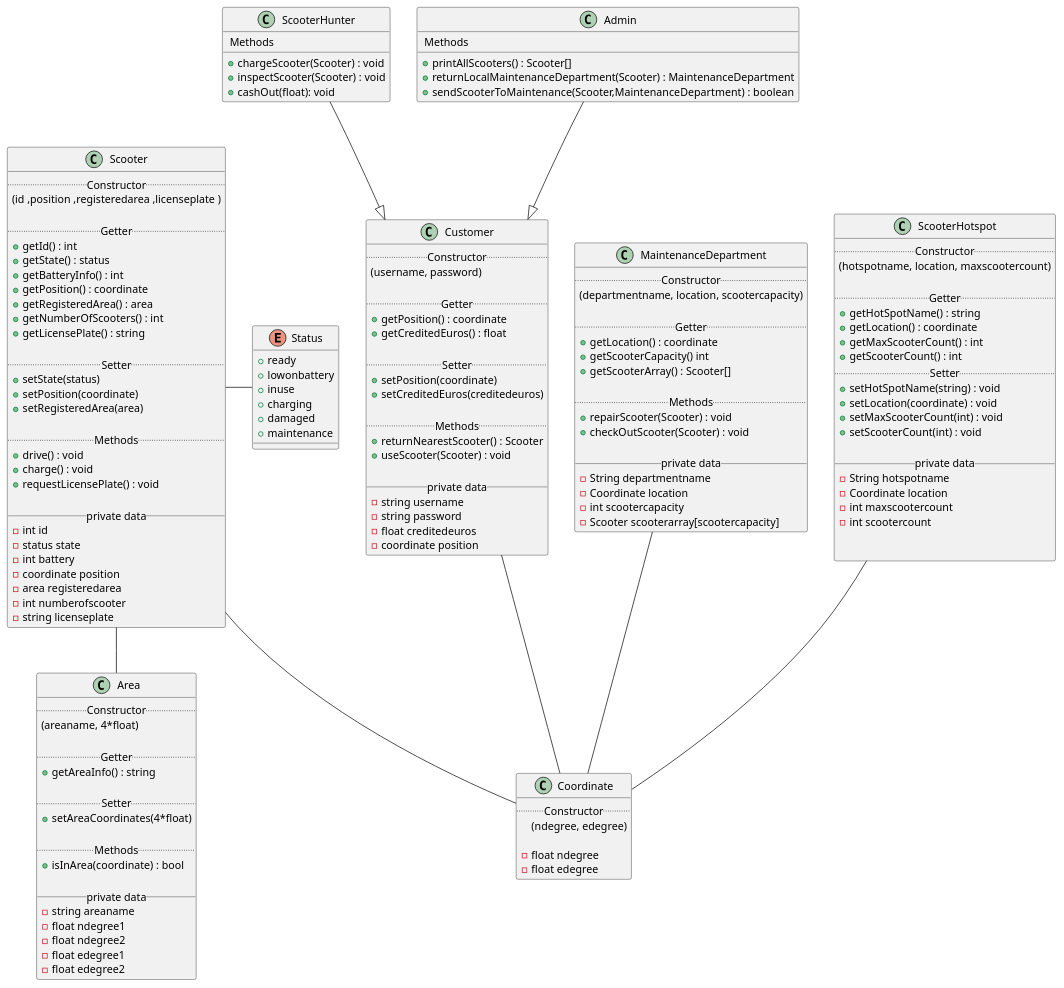
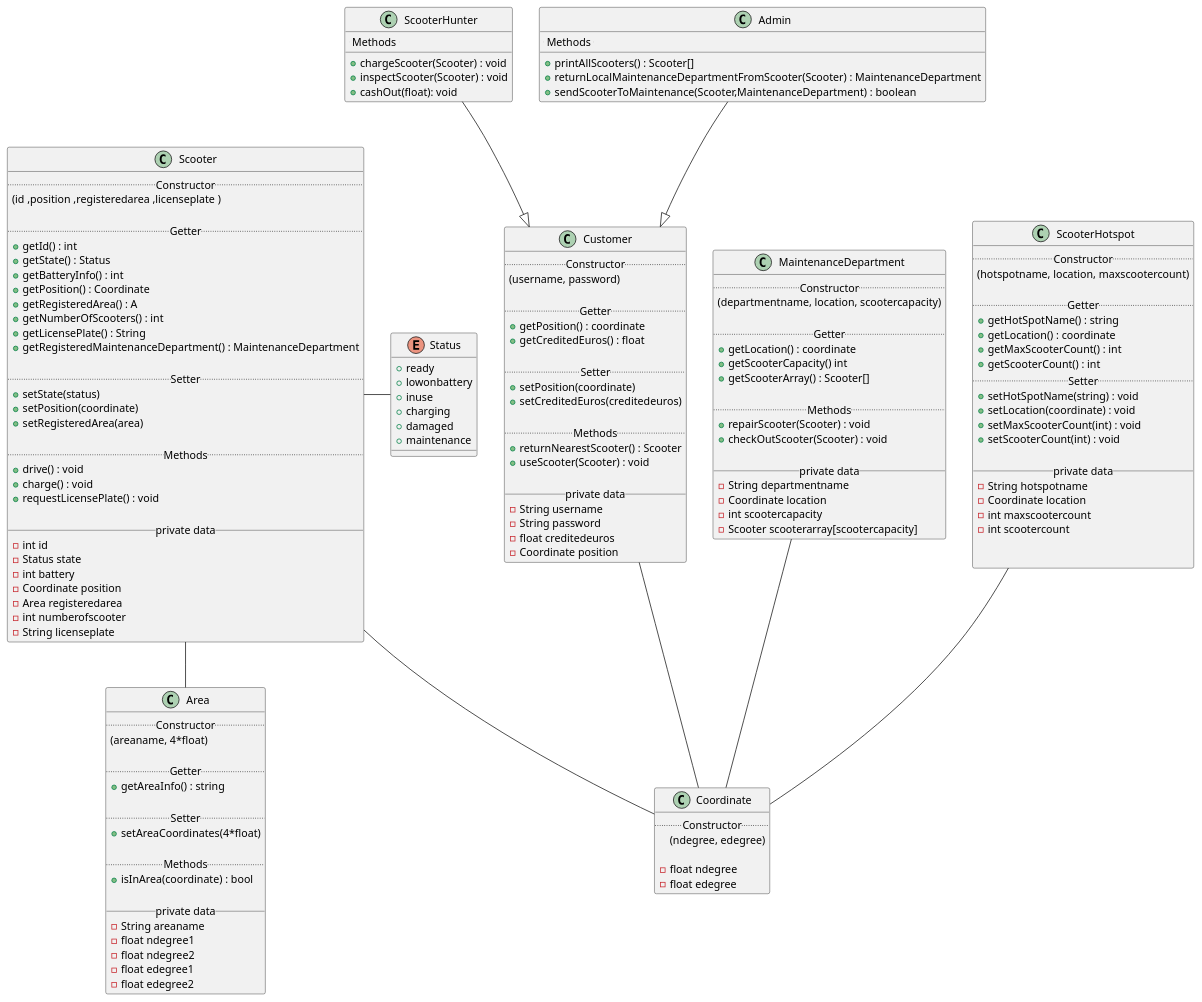
Before and after one commit to fh-erfurt/Scooter-MS: the diagram in umldiagram.iuml, drawn with PlantUML. The commit also changed 6 other files, not shown here.

Commit message:
updated UML, and updated Admin, Scooter and MaintenanceDepartment

```diff
--- a/umldiagram.iuml
+++ b/umldiagram.iuml
@@ -1,180 +1,182 @@
 @startuml
 
 
 
 
 
 skinparam componentStyle uml2
 
 
 
 class Scooter {
     .. Constructor ..
       (id ,position ,registeredarea ,licenseplate )
 
     .. Getter ..
   + getId() : int
-  + getState() : status
+  + getState() : Status
   + getBatteryInfo() : int
-  + getPosition() : coordinate
-  + getRegisteredArea() : area
+  + getPosition() : Coordinate
+  + getRegisteredArea() : A
   + getNumberOfScooters() : int
-  + getLicensePlate() : string
+  + getLicensePlate() : String
+  + getRegisteredMaintenanceDepartment() : MaintenanceDepartment
 
   .. Setter ..
   + setState(status)
   + setPosition(coordinate)
   + setRegisteredArea(area)
 
   .. Methods ..
   + drive() : void
   + charge() : void
   + requestLicensePlate() : void
 
   __ private data __
   -int id
-  -status state
+  -Status state
   -int battery
-  -coordinate position
-  -area registeredarea
+  -Coordinate position
+  -Area registeredarea
   -int numberofscooter
-  -string licenseplate
+  -String licenseplate
 }
 
 class Area {
   .. Constructor ..
   (areaname, 4*float)
 
   .. Getter ..
   + getAreaInfo() : string
 
   .. Setter ..
   + setAreaCoordinates(4*float)
 
   .. Methods ..
   + isInArea(coordinate) : bool
 
   __ private data __
-  -string areaname
+  -String areaname
   -float ndegree1
   -float ndegree2
   -float edegree1
   -float edegree2
 }
 
 
 
 class Coordinate {
   .. Constructor ..
   (ndegree, edegree)
 
   -float ndegree
   -float edegree
 }
 
 
 class Customer {
   .. Constructor ..
   (username, password)
 
   .. Getter ..
   + getPosition() : coordinate
   + getCreditedEuros() : float
 
   .. Setter ..
   + setPosition(coordinate)
   + setCreditedEuros(creditedeuros)
 
   .. Methods ..
   + returnNearestScooter() : Scooter
   + useScooter(Scooter) : void
 
   __ private data __
-  -string username
-  -string password
+  -String username
+  -String password
   -float creditedeuros
-  -coordinate position
+  -Coordinate position
 }
 
 class ScooterHunter {
 
   .. Methods ..
   + chargeScooter(Scooter) : void
   + inspectScooter(Scooter) : void
   + cashOut(float): void
 }
 
 class Admin {
 
   .. Methods ..
   + printAllScooters() : Scooter[]
-  + returnLocalMaintenanceDepartment(Scooter) : MaintenanceDepartment
+  + returnLocalMaintenanceDepartmentFromScooter(Scooter) : MaintenanceDepartment
   + sendScooterToMaintenance(Scooter,MaintenanceDepartment) : boolean
+
 }
 
 
 class MaintenanceDepartment {
   .. Constructor ..
 (departmentname, location, scootercapacity)
 
   .. Getter ..
   + getLocation() : coordinate
   + getScooterCapacity() int
   + getScooterArray() : Scooter[]
 
   .. Methods ..
   + repairScooter(Scooter) : void
   + checkOutScooter(Scooter) : void
 
   __ private data __
   -String departmentname
   -Coordinate location
   -int scootercapacity
   -Scooter scooterarray[scootercapacity]
 }
 
 
 class ScooterHotspot {
   .. Constructor ..
 (hotspotname, location, maxscootercount)
 
   .. Getter ..
   + getHotSpotName() : string
   + getLocation() : coordinate
   + getMaxScooterCount() : int
   + getScooterCount() : int
   .. Setter ..
   + setHotSpotName(string) : void
   + setLocation(coordinate) : void
   + setMaxScooterCount(int) : void
   + setScooterCount(int) : void
 
   __ private data __
   -String hotspotname
   -Coordinate location
   -int maxscootercount
   -int scootercount
 
 
 }
 
 enum Status {
   + ready
   + lowonbattery
   + inuse
   + charging
   + damaged
   + maintenance
 }
 
 Admin --|> Customer
 ScooterHunter --|> Customer
 Scooter - Status
 Scooter -- Coordinate
 Scooter -- Area
 MaintenanceDepartment -- Coordinate
 ScooterHotspot -- Coordinate
 Customer -- Coordinate
 
 
 @enduml
```
